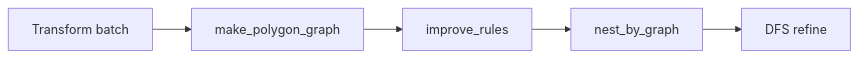
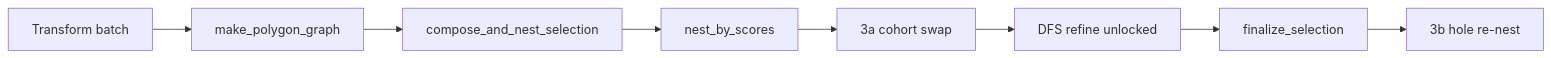
One commit to pietrek928/nest changed the diagram in README.md. Above: the diagram before and after it, drawn with Mermaid. The commit also changed other lines of this file and 33 other files, not shown here.

````diff
--- a/README.md
+++ b/README.md
@@ -213,9 +213,12 @@
 ```mermaid
 flowchart LR
   batch[Transform batch]
   mpg[make_polygon_graph]
-  rules[improve_rules]
-  nest[nest_by_graph]
-  dfs[DFS refine]
-  batch --> mpg --> rules --> nest --> dfs
+  compose[compose_and_nest_selection]
+  nest[nest_by_scores]
+  swap[3a cohort swap]
+  dfs[DFS refine unlocked]
+  fin[finalize_selection]
+  hole[3b hole re-nest]
+  batch --> mpg --> compose --> nest --> swap --> dfs --> fin --> hole
 ```
````
